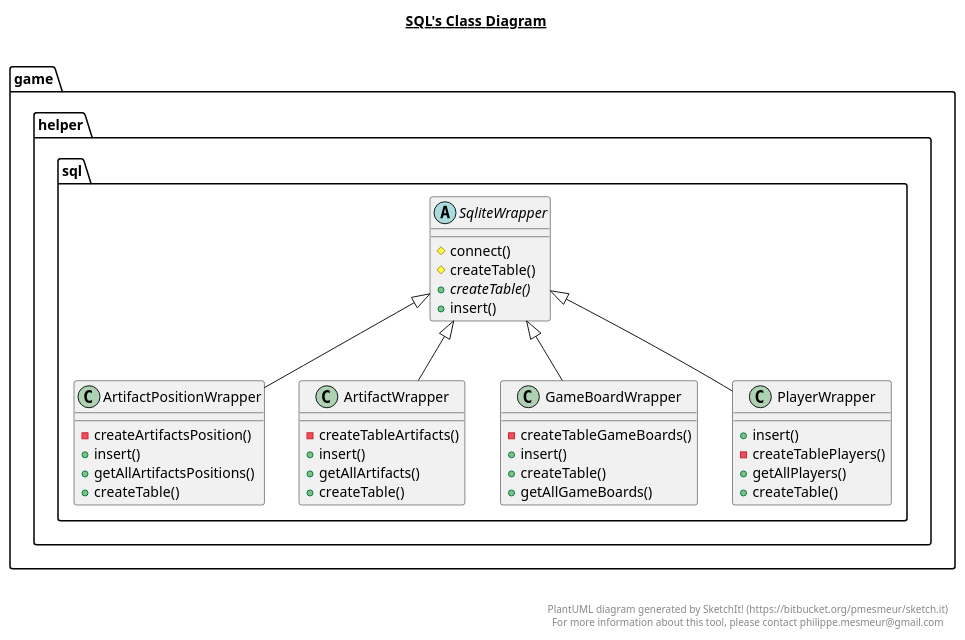
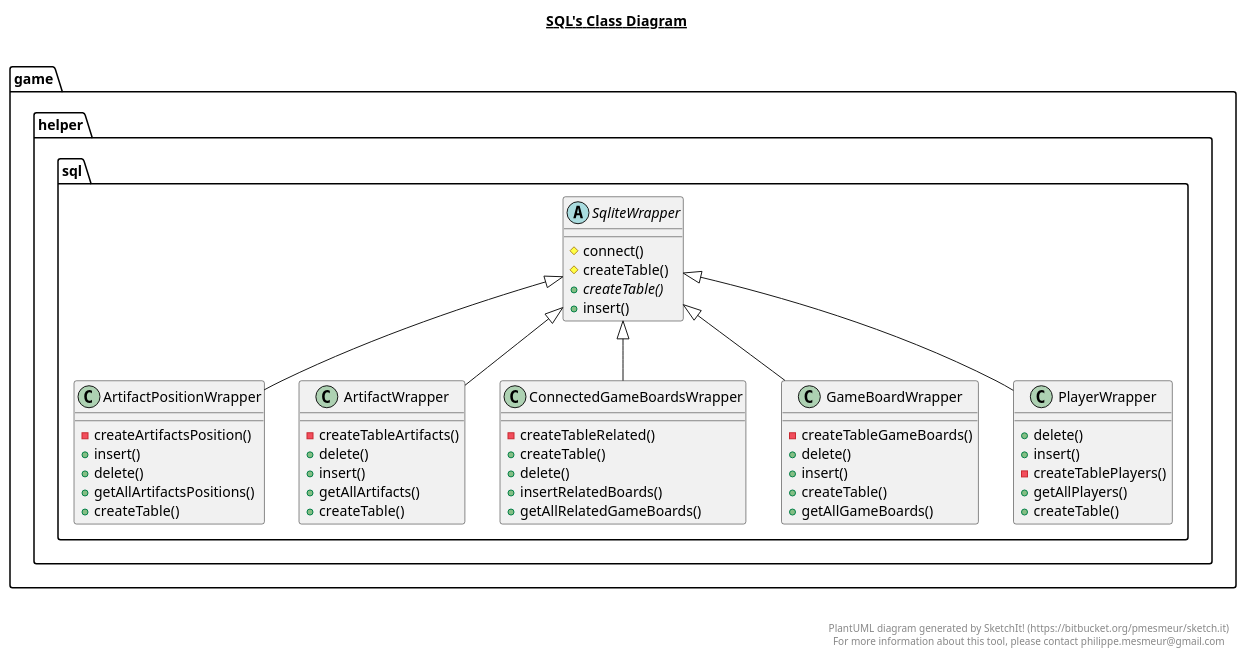
The diagram in src/game/helper/sql/sql.plantuml (rflorian2017/TextAdventureGame), drawn with PlantUML before and after one commit. The commit also changed 10 other files, not shown here.

```diff
--- a/src/game/helper/sql/sql.plantuml
+++ b/src/game/helper/sql/sql.plantuml
@@ -1,78 +1,96 @@
 @startuml
 
 title __SQL's Class Diagram__\n
 
   package game {
     package game.helper.sql {
       class ArtifactPositionWrapper {
           - createArtifactsPosition()
           + insert()
+          + delete()
           + getAllArtifactsPositions()
           + createTable()
       }
     }
   }
   
 
   package game {
     package game.helper.sql {
       class ArtifactWrapper {
           - createTableArtifacts()
+          + delete()
           + insert()
           + getAllArtifacts()
           + createTable()
       }
     }
   }
   
 
   package game {
     package game.helper.sql {
+      class ConnectedGameBoardsWrapper {
+          - createTableRelated()
+          + createTable()
+          + delete()
+          + insertRelatedBoards()
+          + getAllRelatedGameBoards()
+      }
+    }
+  }
+  
+
+  package game {
+    package game.helper.sql {
       class GameBoardWrapper {
           - createTableGameBoards()
+          + delete()
           + insert()
           + createTable()
           + getAllGameBoards()
       }
     }
   }
   
 
   package game {
     package game.helper.sql {
       class PlayerWrapper {
+          + delete()
           + insert()
           - createTablePlayers()
           + getAllPlayers()
           + createTable()
       }
     }
   }
   
 
   package game {
     package game.helper.sql {
       abstract class SqliteWrapper {
           # connect()
           # createTable()
           {abstract} + createTable()
           + insert()
       }
     }
   }
   
 
   ArtifactPositionWrapper -up-|> SqliteWrapper
   ArtifactWrapper -up-|> SqliteWrapper
+  ConnectedGameBoardsWrapper -up-|> SqliteWrapper
   GameBoardWrapper -up-|> SqliteWrapper
   PlayerWrapper -up-|> SqliteWrapper
 
 
 right footer
 
 
 PlantUML diagram generated by SketchIt! (https://bitbucket.org/pmesmeur/sketch.it)
 For more information about this tool, please contact philippe.mesmeur@gmail.com
 endfooter
 
 @enduml
```
